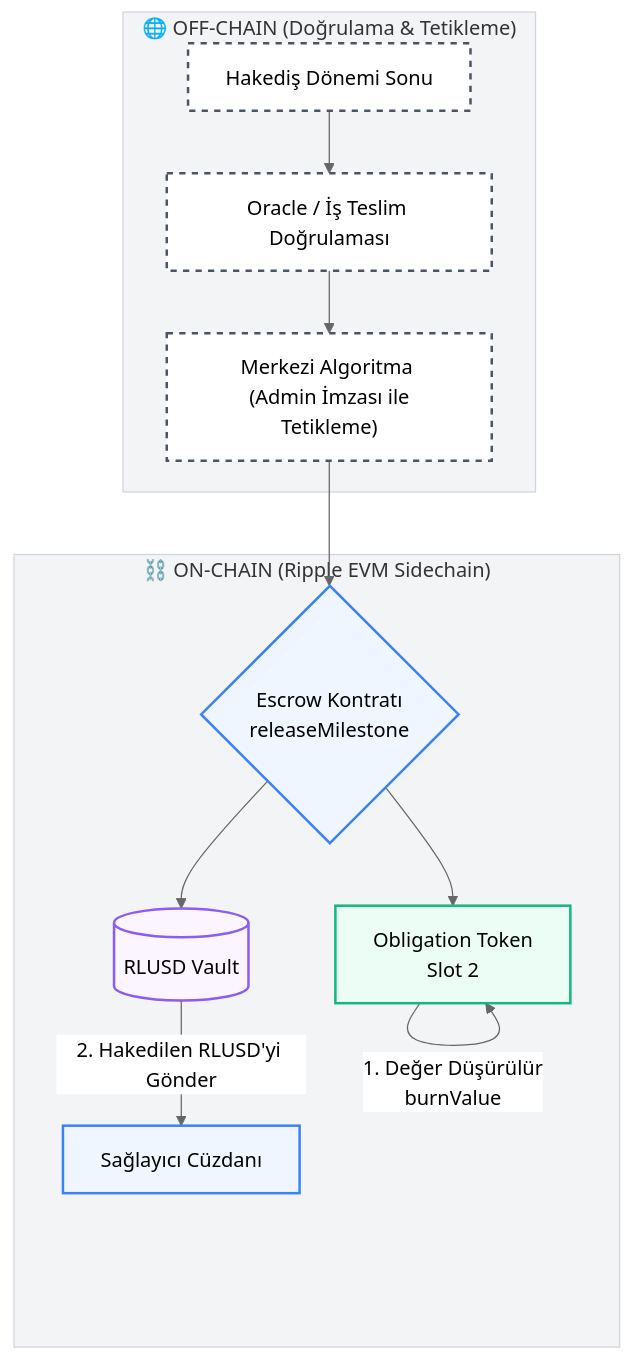
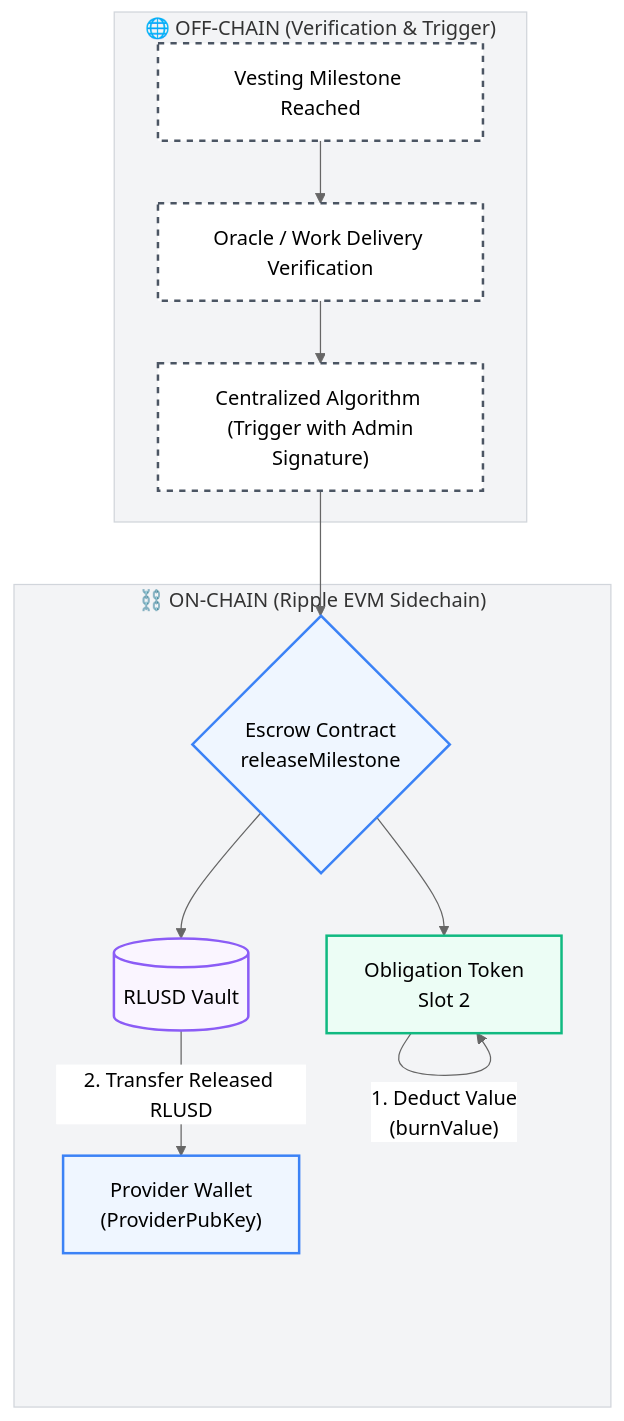
One commit to emirrmk/escrow-flow-diagrams changed the second of 4 diagrams in README.md. Above: the diagram before and after it, drawn with Mermaid. The commit also changed other lines of this file, not shown here.

````diff
--- a/README.md
+++ b/README.md
@@ -54,23 +61,23 @@
 ```mermaid
 %%{init: {'theme': 'neutral', 'themeVariables': { 'primaryColor': '#f9fafb', 'edgeLabelBackground':'#ffffff', 'clusterBkg':'#f3f4f6', 'clusterBorder':'#d1d5db'}}}%%
 graph TD
     classDef offChainNode fill:#ffffff,stroke:#4b5563,stroke-width:2px,stroke-dasharray: 5 5;
     classDef onChainNode fill:#eff6ff,stroke:#3b82f6,stroke-width:2px;
     classDef tokenNode fill:#ecfdf5,stroke:#10b981,stroke-width:2px;
     classDef databaseNode fill:#faf5ff,stroke:#8b5cf6,stroke-width:2px;
 
-    subgraph OffChain ["🌐 OFF-CHAIN (Doğrulama & Tetikleme)"]
-        A["Hakediş Dönemi Sonu"]:::offChainNode --> B["Oracle / İş Teslim Doğrulaması"]:::offChainNode
-        B --> C["Merkezi Algoritma <br> (Admin İmzası ile Tetikleme)"]:::offChainNode
+    subgraph OffChain ["🌐 OFF-CHAIN (Verification & Trigger)"]
+        A["Vesting Milestone Reached"]:::offChainNode --> B["Oracle / Work Delivery Verification"]:::offChainNode
+        B --> C["Centralized Algorithm <br> (Trigger with Admin Signature)"]:::offChainNode
     end
 
     subgraph OnChain ["⛓️ ON-CHAIN (Ripple EVM Sidechain)"]
-        C --> D{"Escrow Kontratı <br> releaseMilestone"}:::onChainNode
+        C --> D{"Escrow Contract <br> releaseMilestone"}:::onChainNode
         
         D --> OT["Obligation Token <br> Slot 2"]:::tokenNode
-        OT -- "1. Değer Düşürülür <br> burnValue" --> OT
+        OT -- "1. Deduct Value <br> (burnValue)" --> OT
         
         D --> Pool[("RLUSD Vault")]:::databaseNode
-        Pool -- "2. Hakedilen RLUSD'yi Gönder" --> Prov["Sağlayıcı Cüzdanı"]:::onChainNode
+        Pool -- "2. Transfer Released RLUSD" --> Prov["Provider Wallet <br> (ProviderPubKey)"]:::onChainNode
     end
 ```
````
